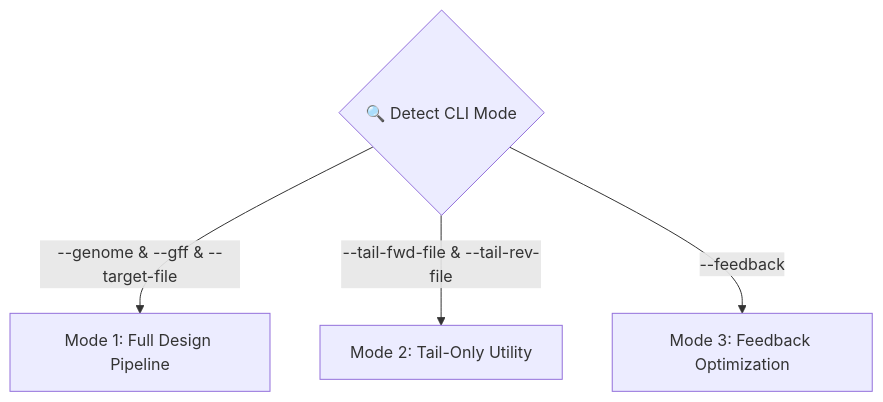
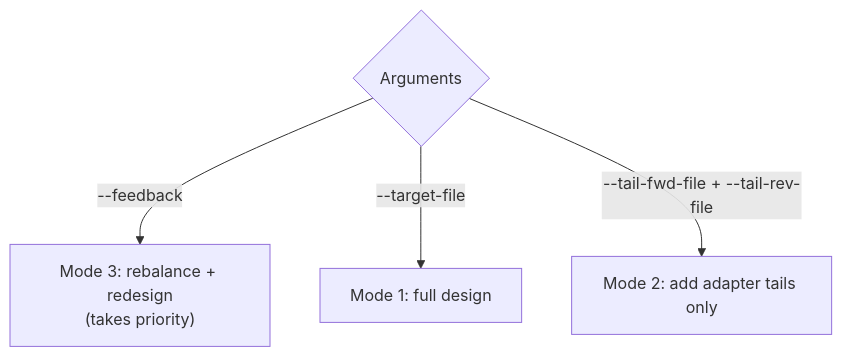
The fourth of 12 diagrams in README.md (AHumanBrain/my_amplicon_project), drawn with Mermaid before and after one commit. The commit also changed other lines of this file, not shown here.

First line of the commit message:
docs: rewrite README concisely with data flow diagrams and verified results

````diff
--- a/README.md
+++ b/README.md
@@ -193,7 +125,6 @@
 ```mermaid
 flowchart TD
-    ARG{"🔍 Detect CLI Mode"}
-    ARG -- "--genome & --gff & --target-file" --> M1["Mode 1: Full Design Pipeline"]
-    ARG -- "--tail-fwd-file & --tail-rev-file" --> M2["Mode 2: Tail-Only Utility"]
-    ARG -- "--feedback" --> M3["Mode 3: Feedback Optimization"]
+    A{"Arguments"} -- "--feedback" --> M3["Mode 3: rebalance + redesign<br/>(takes priority)"]
+    A -- "--target-file" --> M1["Mode 1: full design"]
+    A -- "--tail-fwd-file + --tail-rev-file" --> M2["Mode 2: add adapter tails only"]
 ```
````
